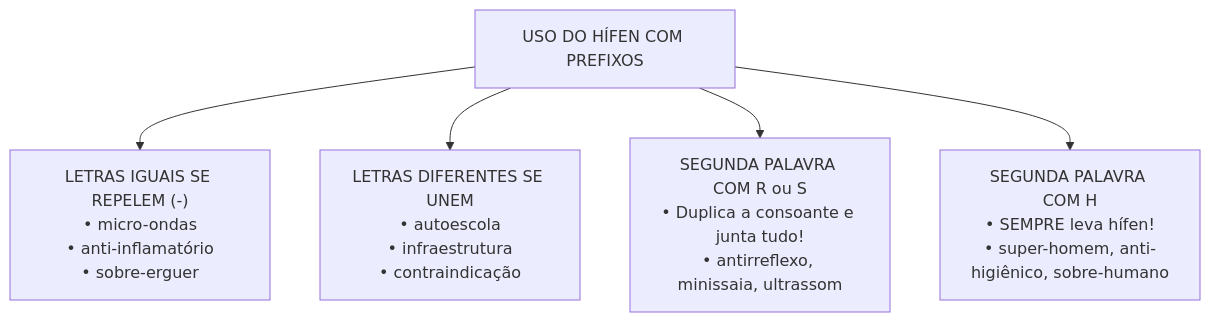
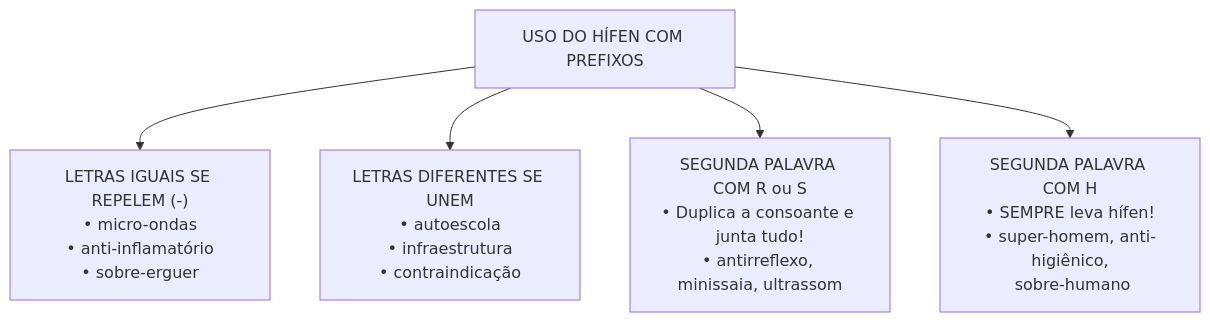
Before and after one commit to thiagosantos346/TCE-GO-2027: the second of 4 diagrams in fontes_de_estudo/conhecimentos_gerais/01_lingua_portuguesa/02_ortografia_acentuacao_e_formacao_de_palavras.md, drawn with Mermaid. The commit also changed other lines of this file and 119 other files, not shown here.

````diff
--- a/fontes_de_estudo/conhecimentos_gerais/01_lingua_portuguesa/02_ortografia_acentuacao_e_formacao_de_palavras.md
+++ b/fontes_de_estudo/conhecimentos_gerais/01_lingua_portuguesa/02_ortografia_acentuacao_e_formacao_de_palavras.md
@@ -100,9 +203,9 @@
 ```mermaid
 flowchart TD
     Hifen["USO DO HÍFEN COM PREFIXOS"]
     
     Hifen --> LetrasIguais["LETRAS IGUAIS SE REPELEM (-)<br/>• micro-ondas<br/>• anti-inflamatório<br/>• sobre-erguer"]
     Hifen --> LetrasDif["LETRAS DIFERENTES SE UNEM<br/>• autoescola<br/>• infraestrutura<br/>• contraindicação"]
     Hifen --> ConsoantesRS["SEGUNDA PALAVRA COM R ou S<br/>• Duplica a consoante e junta tudo!<br/>• antirreflexo, minissaia, ultrassom"]
-    Hifen --> LetraH["SEGUNDA PALAVRA COM H<br/>• SEMPRE leva hífen!<br/>• super-homem, anti-higiênico, sobre-humano"]
+    Hifen --> LetraH["SEGUNDA PALAVRA COM H<br/>• SEMPRE leva hífen!<br/>• super-homem, anti-higiênico,<br/> sobre-humano"]
 ```
````
